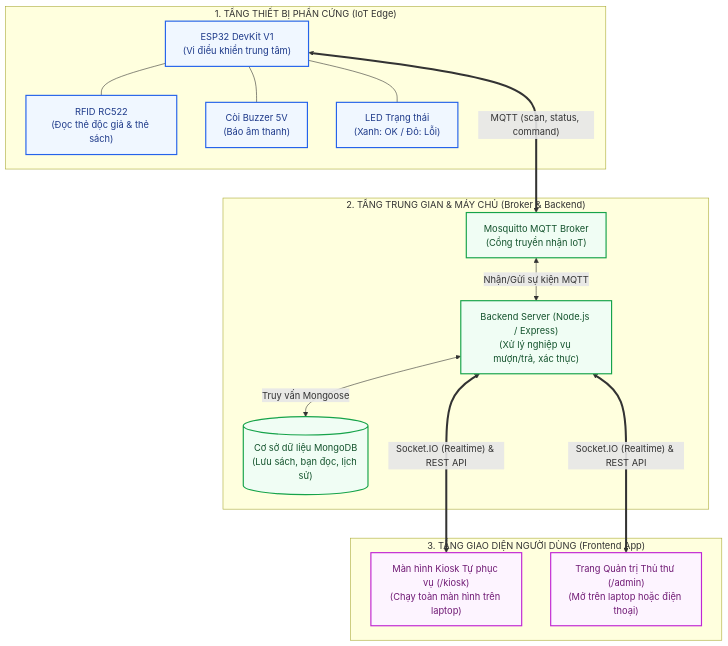
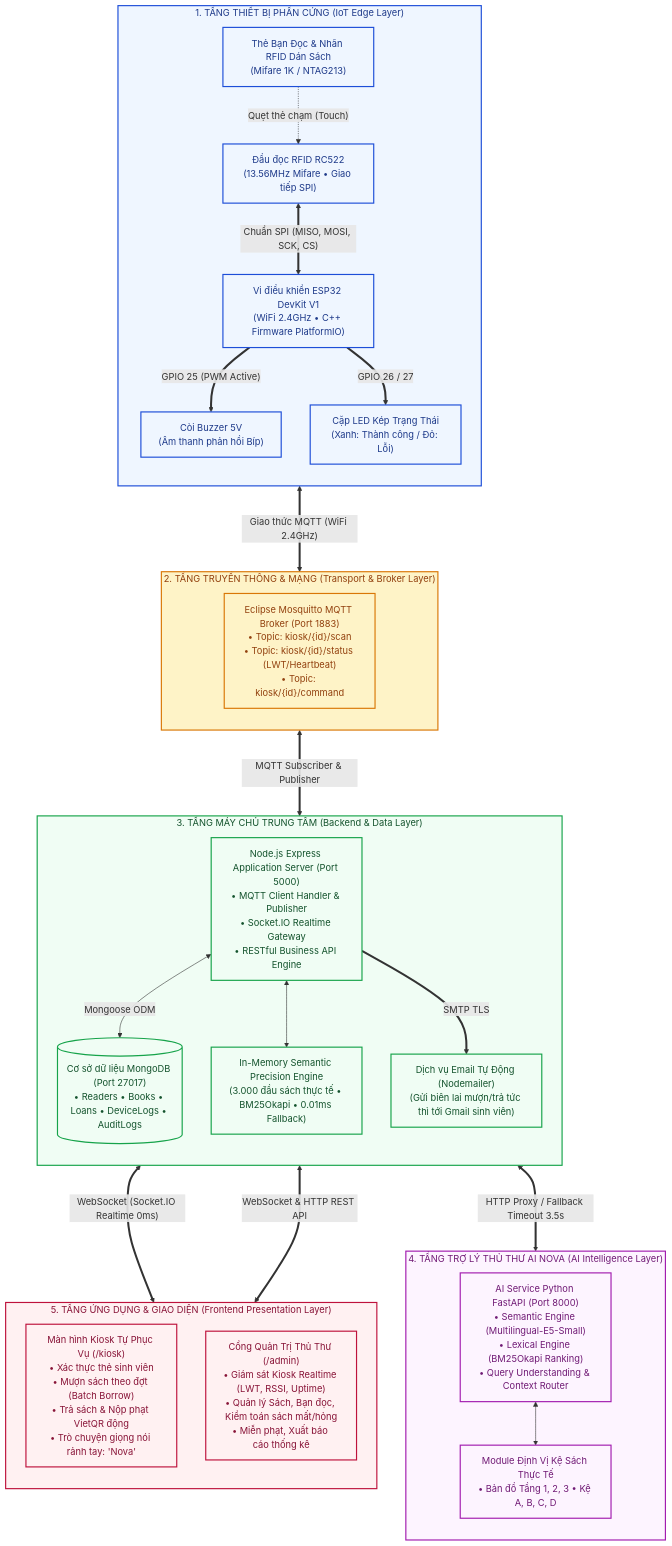
Before and after one commit to DaoDuyHai/btl_iot: the first of 7 diagrams in README.md, drawn with Mermaid. The commit also changed other lines of this file and 8 other files, not shown here.

Commit message:
feat: release final_v1 - presentation diagrams, wake-word Nova, quiet library, 100% tests passing

````diff
--- a/README.md
+++ b/README.md
@@ -37,44 +28,72 @@
 ```mermaid
 flowchart TD
-    %% Tầng 1: Thiết bị ngoại vi
-    subgraph S1 ["1. TẦNG THIẾT BỊ PHẦN CỨNG (IoT Edge)"]
-        ESP32["ESP32 DevKit V1<br/>(Vi điều khiển trung tâm)"]
-        RC522["RFID RC522<br/>(Đọc thẻ độc giả & thẻ sách)"]
-        Buzzer["Còi Buzzer 5V<br/>(Báo âm thanh)"]
-        LED["LED Trạng thái<br/>(Xanh: OK / Đỏ: Lỗi)"]
-        
-        ESP32 --- RC522
-        ESP32 --- Buzzer
-        ESP32 --- LED
+    %% Tầng 1: Phần cứng
+    subgraph S1 ["1. TẦNG THIẾT BỊ PHẦN CỨNG (IoT Edge Layer)"]
+        direction TB
+        ESP32["Vi điều khiển ESP32 DevKit V1<br/>(WiFi 2.4GHz • C++ Firmware PlatformIO)"]
+        RC522["Đầu đọc RFID RC522<br/>(13.56MHz Mifare • Giao tiếp SPI)"]
+        Buzzer["Còi Buzzer 5V<br/>(Âm thanh phản hồi Bíp)"]
+        LED["Cặp LED Kép Trạng Thái<br/>(Xanh: Thành công / Đỏ: Lỗi)"]
+        Cards["Thẻ Bạn Đọc & Nhãn RFID Dán Sách<br/>(Mifare 1K / NTAG213)"]
+
+        Cards -.->|"Quẹt thẻ chạm (Touch)"| RC522
+        RC522 <==>|"Chuẩn SPI (MISO, MOSI, SCK, CS)"| ESP32
+        ESP32 ==>|"GPIO 25 (PWM Active)"| Buzzer
+        ESP32 ==>|"GPIO 26 / 27"| LED
     end
 
-    %% Tầng 2: Trung gian truyền thông & Xử lý
-    subgraph S2 ["2. TẦNG TRUNG GIAN & MÁY CHỦ (Broker & Backend)"]
-        Mosquitto["Mosquitto MQTT Broker<br/>(Cổng truyền nhận IoT)"]
-        Server["Backend Server (Node.js / Express)<br/>(Xử lý nghiệp vụ mượn/trả, xác thực)"]
-        MongoDB[("Cơ sở dữ liệu MongoDB<br/>(Lưu sách, bạn đọc, lịch sử)")]
-        
-        Mosquitto <-->|"Nhận/Gửi sự kiện MQTT"| Server
-        Server <-->|"Truy vấn Mongoose"| MongoDB
+    %% Tầng 2: Giao thức truyền thông
+    subgraph S2 ["2. TẦNG TRUYỀN THÔNG & MẠNG (Transport & Broker Layer)"]
+        direction TB
+        Mosquitto["Eclipse Mosquitto MQTT Broker (Port 1883)<br/>• Topic: kiosk/{id}/scan<br/>• Topic: kiosk/{id}/status (LWT/Heartbeat)<br/>• Topic: kiosk/{id}/command"]
     end
 
-    %% Tầng 3: Ứng dụng người dùng
-    subgraph S3 ["3. TẦNG GIAO DIỆN NGƯỜI DÙNG (Frontend App)"]
-        KioskUI["Màn hình Kiosk Tự phục vụ (/kiosk)<br/>(Chạy toàn màn hình trên laptop)"]
-        AdminUI["Trang Quản trị Thủ thư (/admin)<br/>(Mở trên laptop hoặc điện thoại)"]
+    %% Tầng 3: Máy chủ Backend & Cơ sở dữ liệu
+    subgraph S3 ["3. TẦNG MÁY CHỦ TRUNG TÂM (Backend & Data Layer)"]
+        direction TB
+        NodeServer["Node.js Express Application Server (Port 5000)<br/>• MQTT Client Handler & Publisher<br/>• Socket.IO Realtime Gateway<br/>• RESTful Business API Engine"]
+        CatalogEngine["In-Memory Semantic Precision Engine<br/>(3.000 đầu sách thực tế • BM25Okapi • 0.01ms Fallback)"]
+        MongoDB[("Cơ sở dữ liệu MongoDB (Port 27017)<br/>• Readers • Books • Loans • DeviceLogs • AuditLogs")]
+        EmailService["Dịch vụ Email Tự Động (Nodemailer)<br/>(Gửi biên lai mượn/trả tức thì tới Gmail sinh viên)"]
+
+        NodeServer <-->|"Mongoose ODM"| MongoDB
+        NodeServer <--> CatalogEngine
+        NodeServer ==>|"SMTP TLS"| EmailService
     end
 
-    %% Kết nối liên tầng
-    ESP32 <===>|"MQTT (scan, status, command)"| Mosquitto
-    Server <===>|"Socket.IO (Realtime) & REST API"| KioskUI
-    Server <===>|"Socket.IO (Realtime) & REST API"| AdminUI
+    %% Tầng 4: Trợ lý Thủ thư AI
+    subgraph S4 ["4. TẦNG TRỢ LÝ THỦ THƯ AI NOVA (AI Intelligence Layer)"]
+        direction TB
+        FastAPI["AI Service Python FastAPI (Port 8000)<br/>• Semantic Engine (Multilingual-E5-Small)<br/>• Lexical Engine (BM25Okapi Ranking)<br/>• Query Understanding & Context Router"]
+        ShelfLocator["Module Định Vị Kệ Sách Thực Tế<br/>• Bản đồ Tầng 1, 2, 3 • Kệ A, B, C, D"]
+        
+        FastAPI <--> ShelfLocator
+    end
 
-    %% Định dạng màu sắc & kích thước
-    classDef edgeBox fill:#f0f7ff,stroke:#2563eb,stroke-width:2px,color:#1e3a8a;
-    classDef serverBox fill:#f0fdf4,stroke:#16a34a,stroke-width:2px,color:#14532d;
-    classDef uiBox fill:#fdf4ff,stroke:#c026d3,stroke-width:2px,color:#701a75;
+    %% Tầng 5: Giao diện người dùng
+    subgraph S5 ["5. TẦNG ỨNG DỤNG & GIAO DIỆN (Frontend Presentation Layer)"]
+        direction TB
+        KioskUI["Màn hình Kiosk Tự Phục Vụ (/kiosk)<br/>• Xác thực thẻ sinh viên<br/>• Mượn sách theo đợt (Batch Borrow)<br/>• Trả sách & Nộp phạt VietQR động<br/>• Trò chuyện giọng nói rảnh tay: 'Nova'"]
+        AdminUI["Cổng Quản Trị Thủ Thư (/admin)<br/>• Giám sát Kiosk Realtime (LWT, RSSI, Uptime)<br/>• Quản lý Sách, Bạn đọc, Kiểm toán sách mất/hỏng<br/>• Miễn phạt, Xuất báo cáo thống kê"]
+    end
 
-    class ESP32,RC522,Buzzer,LED edgeBox;
-    class Mosquitto,Server,MongoDB serverBox;
-    class KioskUI,AdminUI uiBox;
+    %% Liên kết giữa các tầng
+    ESP32 <===>|"Giao thức MQTT (WiFi 2.4GHz)"| Mosquitto
+    Mosquitto <===>|"MQTT Subscriber & Publisher"| NodeServer
+    NodeServer <===>|"WebSocket (Socket.IO Realtime 0ms)"| KioskUI
+    NodeServer <===>|"WebSocket & HTTP REST API"| AdminUI
+    NodeServer <===>|"HTTP Proxy / Fallback Timeout 3.5s"| FastAPI
+
+    %% Phối màu trực quan
+    classDef edgeStyle fill:#eff6ff,stroke:#1d4ed8,stroke-width:2px,color:#1e3a8a;
+    classDef brokerStyle fill:#fef3c7,stroke:#d97706,stroke-width:2px,color:#92400e;
+    classDef serverStyle fill:#f0fdf4,stroke:#16a34a,stroke-width:2px,color:#14532d;
+    classDef aiStyle fill:#fdf4ff,stroke:#a21caf,stroke-width:2px,color:#701a75;
+    classDef uiStyle fill:#fff1f2,stroke:#be123c,stroke-width:2px,color:#881337;
+
+    class S1,ESP32,RC522,Buzzer,LED,Cards edgeStyle;
+    class S2,Mosquitto brokerStyle;
+    class S3,NodeServer,CatalogEngine,MongoDB,EmailService serverStyle;
+    class S4,FastAPI,ShelfLocator aiStyle;
+    class S5,KioskUI,AdminUI uiStyle;
 ```
````
